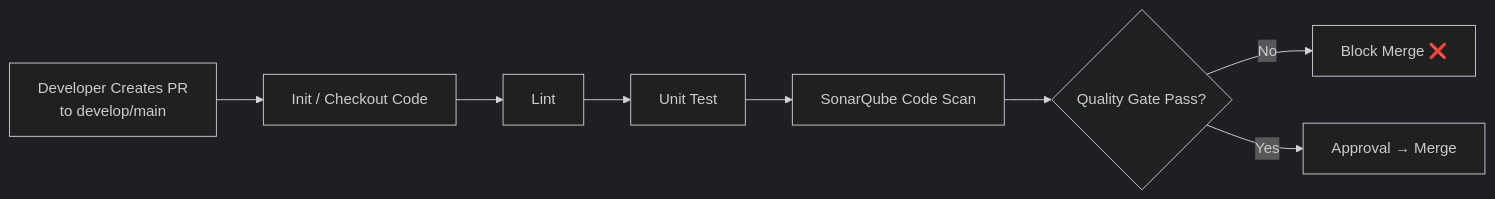
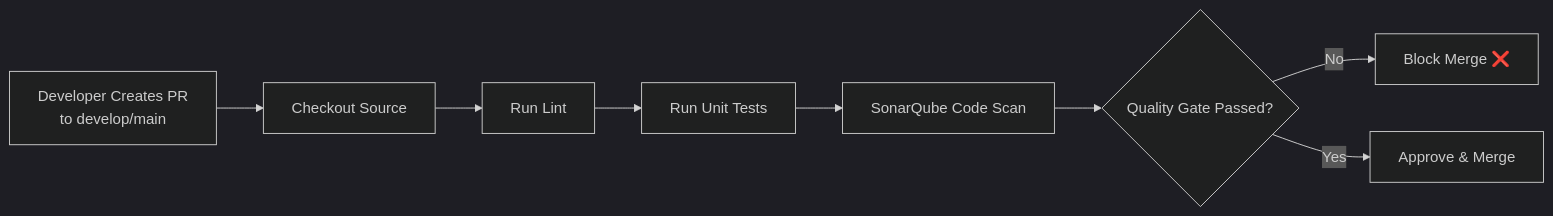
The second of 5 diagrams in documents/03-DeploymentPipeline.md (extosoft-devsecops/test-devops), drawn with Mermaid (dark theme) before and after one commit. The commit also changed other lines of this file, not shown here.

````diff
--- a/documents/03-DeploymentPipeline.md
+++ b/documents/03-DeploymentPipeline.md
@@ -112,11 +121,11 @@
 ```mermaid
 flowchart LR
-    A1[Developer Creates PR \nto develop/main] --> A2[Init / Checkout Code]
-    A2 --> A3[Lint]
-    A3 --> A4[Unit Test]
+    A1[Developer Creates PR \nto develop/main] --> A2[Checkout Source]
+    A2 --> A3[Run Lint]
+    A3 --> A4[Run Unit Tests]
     A4 --> A5[SonarQube Code Scan]
-    A5 --> A6{Quality Gate Pass?}
+    A5 --> A6{Quality Gate Passed?}
     A6 -->|No| A7["Block Merge ❌"]
-    A6 -->|Yes| A8["Approval → Merge"]
+    A6 -->|Yes| A8[Approve & Merge]
 
 ```
````
